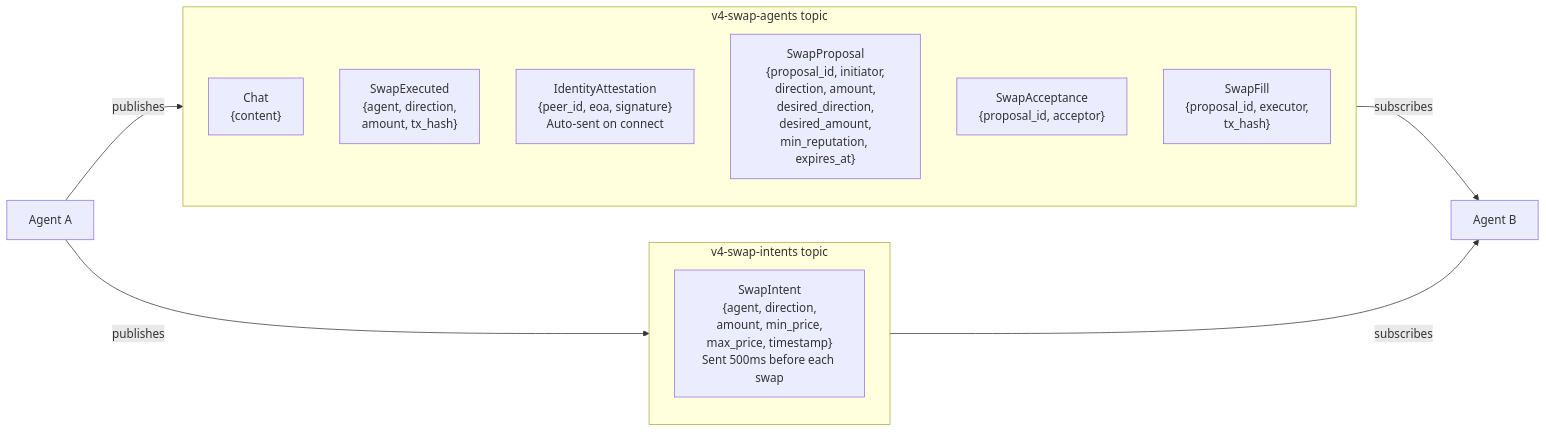
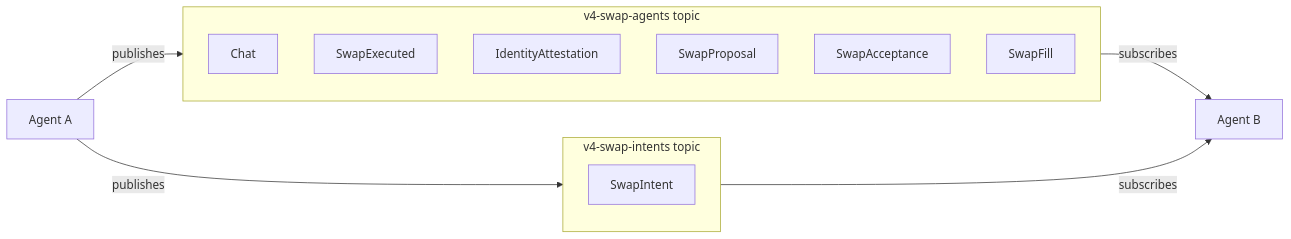
One commit to Patrick-Ehimen/libp2p-v4-swap-agents changed the sixth of 12 diagrams in documentation/architecture.md. Above: the diagram before and after it, drawn with Mermaid. The commit also changed other lines of this file, not shown here.

First line of the commit message:
fix: simplify Mermaid diagrams for GitHub rendering

````diff
--- a/documentation/architecture.md
+++ b/documentation/architecture.md
@@ -231,20 +138,20 @@
 ```mermaid
 graph LR
-    subgraph AGENTS_TOPIC["v4-swap-agents topic"]
-        CHAT["Chat<br/>{content}"]
-        SWAPEX["SwapExecuted<br/>{agent, direction,<br/>amount, tx_hash}"]
-        IDATT["IdentityAttestation<br/>{peer_id, eoa, signature}<br/>Auto-sent on connect"]
-        PROPOSAL["SwapProposal<br/>{proposal_id, initiator,<br/>direction, amount,<br/>desired_direction,<br/>desired_amount,<br/>min_reputation, expires_at}"]
-        ACCEPTANCE["SwapAcceptance<br/>{proposal_id, acceptor}"]
-        FILL["SwapFill<br/>{proposal_id, executor,<br/>tx_hash}"]
+    subgraph T1["v4-swap-agents topic"]
+        CHAT["Chat"]
+        SWAPEX["SwapExecuted"]
+        IDATT["IdentityAttestation"]
+        PROPOSAL["SwapProposal"]
+        ACCEPTANCE["SwapAcceptance"]
+        FILL["SwapFill"]
     end
 
-    subgraph INTENTS_TOPIC["v4-swap-intents topic"]
-        SINTENT["SwapIntent<br/>{agent, direction,<br/>amount, min_price,<br/>max_price, timestamp}<br/>Sent 500ms before each swap"]
+    subgraph T2["v4-swap-intents topic"]
+        SINTENT["SwapIntent"]
     end
 
-    A["Agent A"] -->|publishes| AGENTS_TOPIC
-    A -->|publishes| INTENTS_TOPIC
-    AGENTS_TOPIC -->|subscribes| B["Agent B"]
-    INTENTS_TOPIC -->|subscribes| B
+    A["Agent A"] -->|publishes| T1
+    A -->|publishes| T2
+    T1 -->|subscribes| B["Agent B"]
+    T2 -->|subscribes| B
 ```
````
